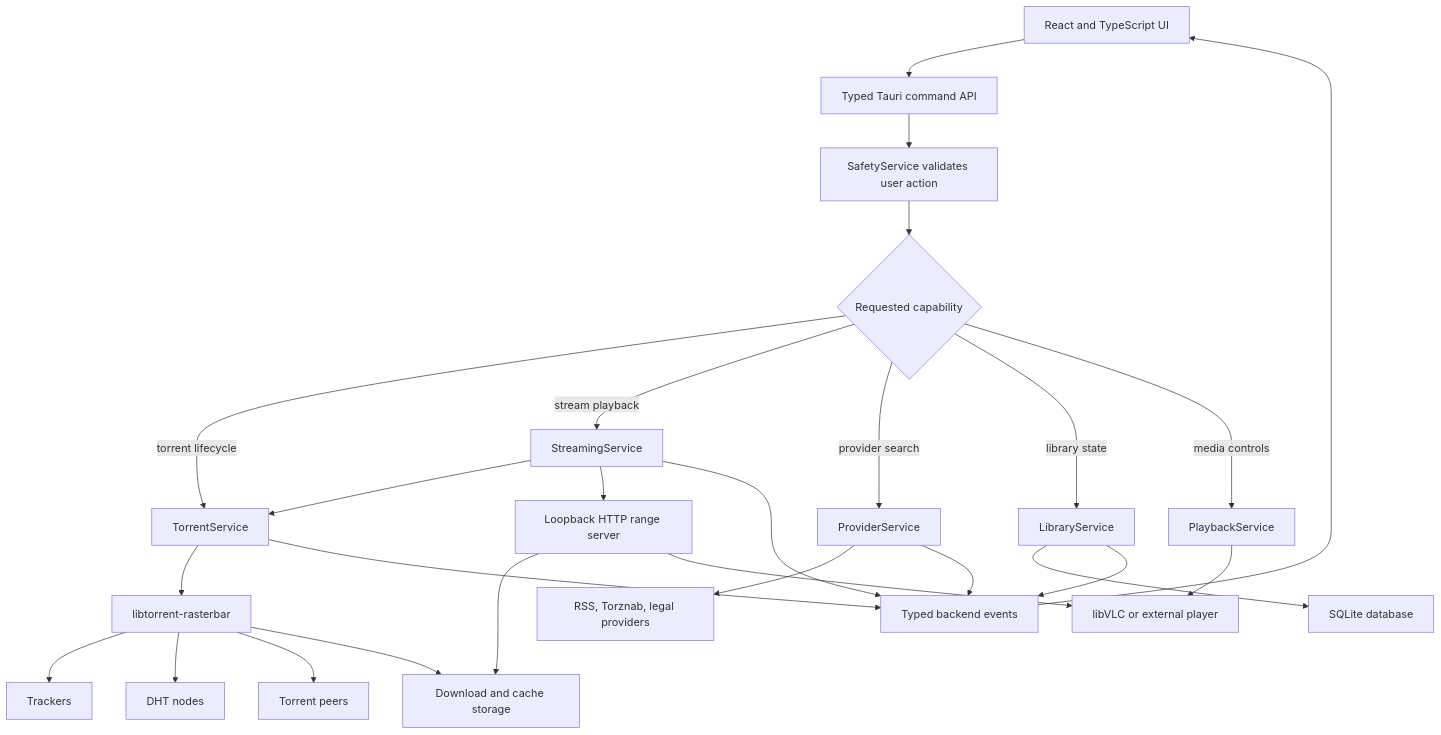
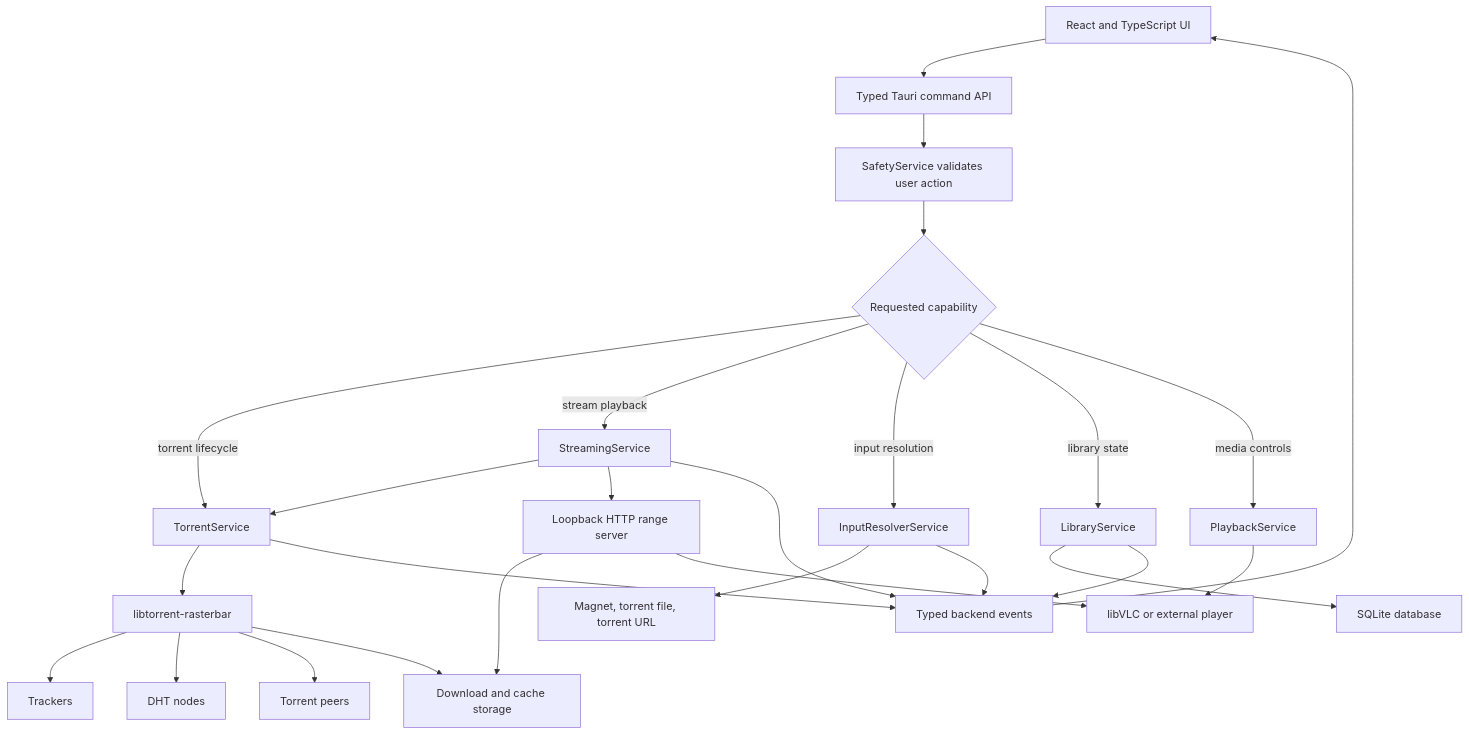
Before and after one commit to ltdai010/torrent-dock: the first of 4 diagrams in techdocs/engineering-spec.md, drawn with Mermaid. The commit also changed other lines of this file and 19 other files, not shown here.

First line of the commit message:
Add subtitle providers, torrent search, and desktop playback UI

````diff
--- a/techdocs/engineering-spec.md
+++ b/techdocs/engineering-spec.md
@@ -126,32 +124,32 @@
 ```mermaid
 flowchart TB
     A["React and TypeScript UI"] --> B["Typed Tauri command API"]
     B --> C["SafetyService validates user action"]
     C --> D{"Requested capability"}
 
     D -->|"torrent lifecycle"| E["TorrentService"]
     D -->|"stream playback"| F["StreamingService"]
-    D -->|"provider search"| G["ProviderService"]
+    D -->|"input resolution"| G["InputResolverService"]
     D -->|"library state"| H["LibraryService"]
     D -->|"media controls"| I["PlaybackService"]
 
     E --> J["libtorrent-rasterbar"]
     F --> E
     F --> K["Loopback HTTP range server"]
-    G --> L["RSS, Torznab, legal providers"]
+    G --> L["Magnet, torrent file, torrent URL"]
     H --> M["SQLite database"]
     I --> N["libVLC or external player"]
 
     J --> O["Trackers"]
     J --> P["DHT nodes"]
     J --> Q["Torrent peers"]
     J --> R["Download and cache storage"]
     K --> R
     K --> N
 
     E --> S["Typed backend events"]
     F --> S
     G --> S
     H --> S
     S --> A
 ```
````
